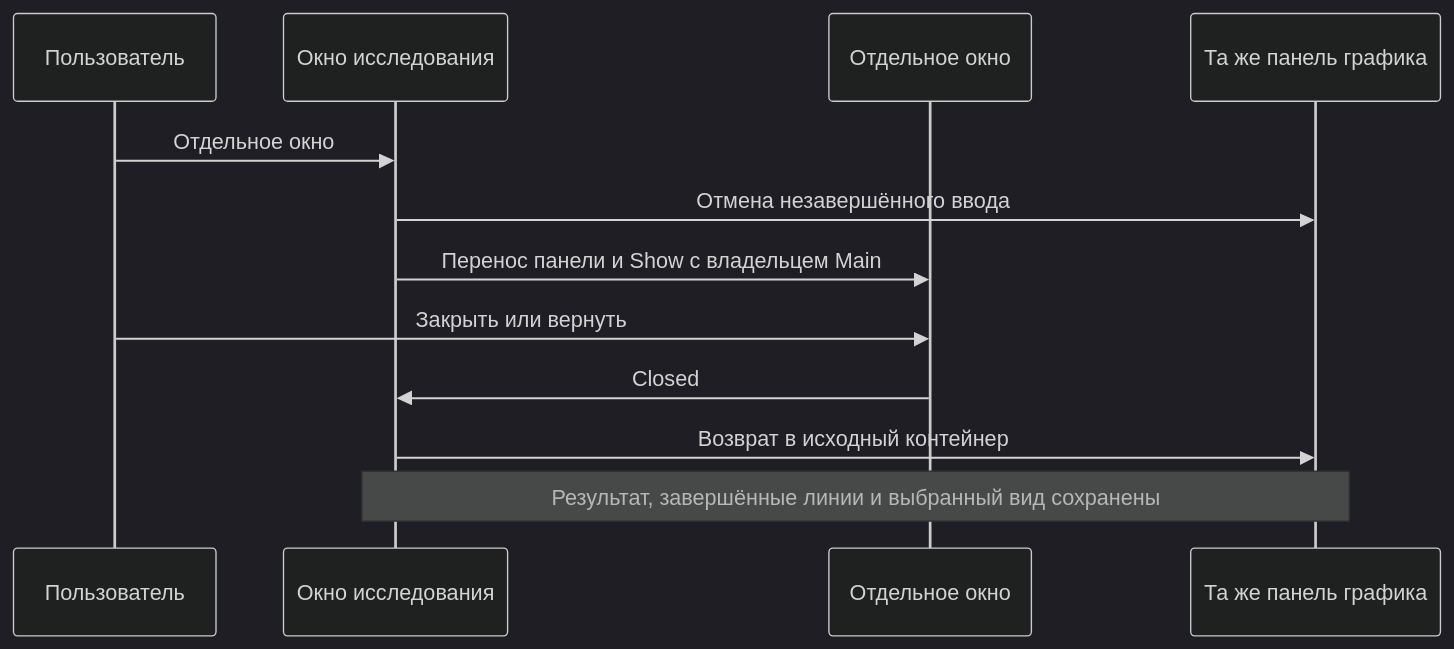
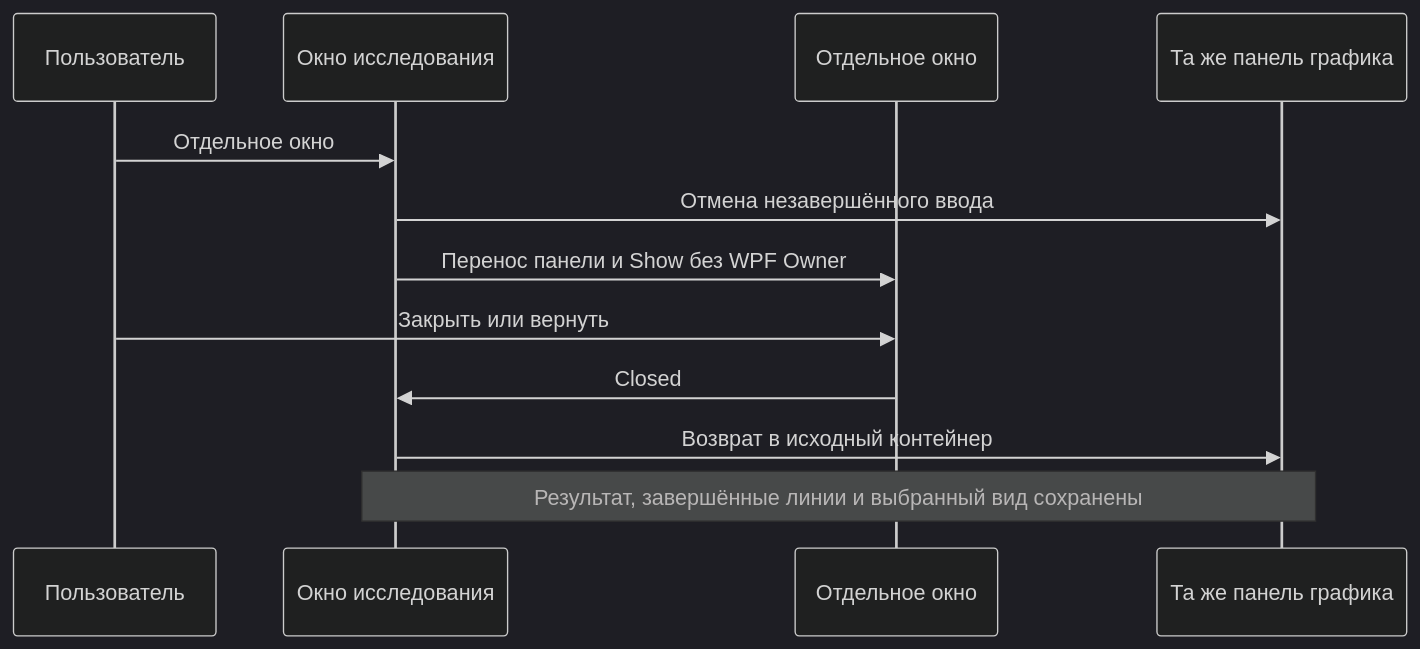
One commit to 2Rukin/OsEngine changed the second of 6 diagrams in project/Documentation/OrderFlow/RESEARCH_MVP_RUNBOOK.md. Above: the diagram before and after it, drawn with Mermaid (dark theme). The commit also changed other lines of this file and 115 other files, not shown here.

````diff
--- a/project/Documentation/OrderFlow/RESEARCH_MVP_RUNBOOK.md
+++ b/project/Documentation/OrderFlow/RESEARCH_MVP_RUNBOOK.md
@@ -193,14 +201,14 @@
 ```mermaid
 sequenceDiagram
     participant User as Пользователь
     participant Main as Окно исследования
     participant Separate as Отдельное окно
     participant Chart as Та же панель графика
     User->>Main: Отдельное окно
     Main->>Chart: Отмена незавершённого ввода
-    Main->>Separate: Перенос панели и Show с владельцем Main
+    Main->>Separate: Перенос панели и Show без WPF Owner
     User->>Separate: Закрыть или вернуть
     Separate->>Main: Closed
     Main->>Chart: Возврат в исходный контейнер
     Note over Main,Chart: Результат, завершённые линии и выбранный вид сохранены
 ```
````
